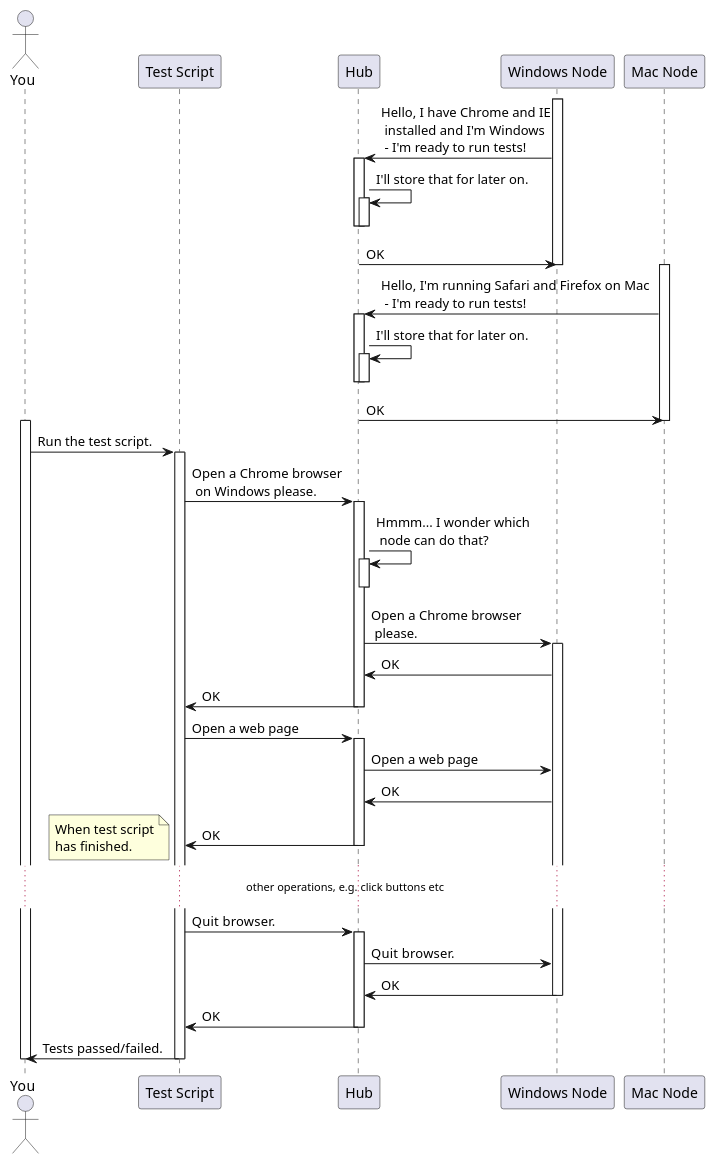
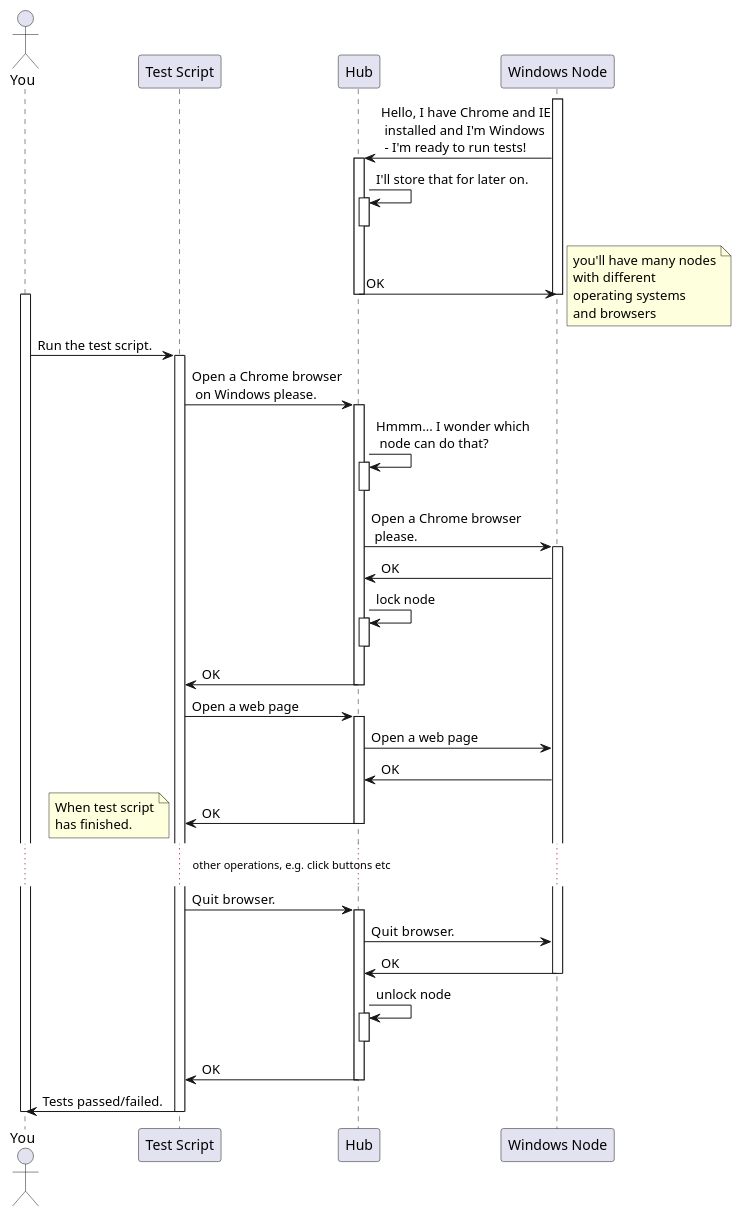
One commit to selenium-webdriver-book/source changed the diagram in selenium-grid-sequence.puml. Above: the diagram before and after it, drawn with PlantUML.

Commit message:
Removed Mac node from diagram.

```diff
--- a/selenium-grid-sequence.puml
+++ b/selenium-grid-sequence.puml
@@ -1,71 +1,73 @@
 @startuml
 
 actor You
 participant "Test Script"
 participant Hub
 participant "Windows Node"
-participant "Mac Node"
 
 activate "Windows Node"
 "Windows Node" -> Hub : Hello, I have Chrome and IE\n installed and I'm Windows\n - I'm ready to run tests!
 activate Hub
 Hub -> Hub : I'll store that for later on.
 activate Hub
 deactivate Hub
+Hub -> "Windows Node" : OK
 deactivate Hub
-Hub -> "Windows Node" : OK
 deactivate "Windows Node"
 
-activate "Mac Node"
-"Mac Node" -> Hub : Hello, I'm running Safari and Firefox on Mac\n - I'm ready to run tests!
-activate Hub
-Hub -> Hub : I'll store that for later on.
-activate Hub
-deactivate Hub
-deactivate Hub
-Hub -> "Mac Node" : OK
-deactivate "Mac Node"
+note right
+    you'll have many nodes
+    with different
+    operating systems
+    and browsers
+end note
 
 activate You
 
 You -> "Test Script" : Run the test script.
 
 activate "Test Script"
 "Test Script" -> Hub : Open a Chrome browser\n on Windows please.
 activate Hub
 Hub -> Hub : Hmmm... I wonder which\n node can do that?
 activate Hub
 deactivate Hub
 Hub -> "Windows Node" : Open a Chrome browser\n please.
 activate "Windows Node"
 "Windows Node" -> Hub : OK
+Hub -> Hub : lock node
+activate Hub
+deactivate Hub
 Hub -> "Test Script" : OK
 deactivate Hub
 
 "Test Script" -> Hub : Open a web page
 activate Hub
 Hub -> "Windows Node" : Open a web page
 "Windows Node" -> Hub : OK
 Hub -> "Test Script" : OK
 deactivate Hub
 
 ... other operations, e.g. click buttons etc ...
 
 note left
     When test script
     has finished.
 end note
 
 "Test Script" -> Hub : Quit browser.
 activate Hub
 Hub -> "Windows Node" : Quit browser.
 "Windows Node" -> Hub : OK
 deactivate "Windows Node"
+Hub -> Hub : unlock node
+activate Hub
+deactivate Hub
 Hub -> "Test Script" : OK
 deactivate Hub
 "Test Script" -> You : Tests passed/failed.
 deactivate "Test Script"
 deactivate  You
 
 
 @enduml
```
